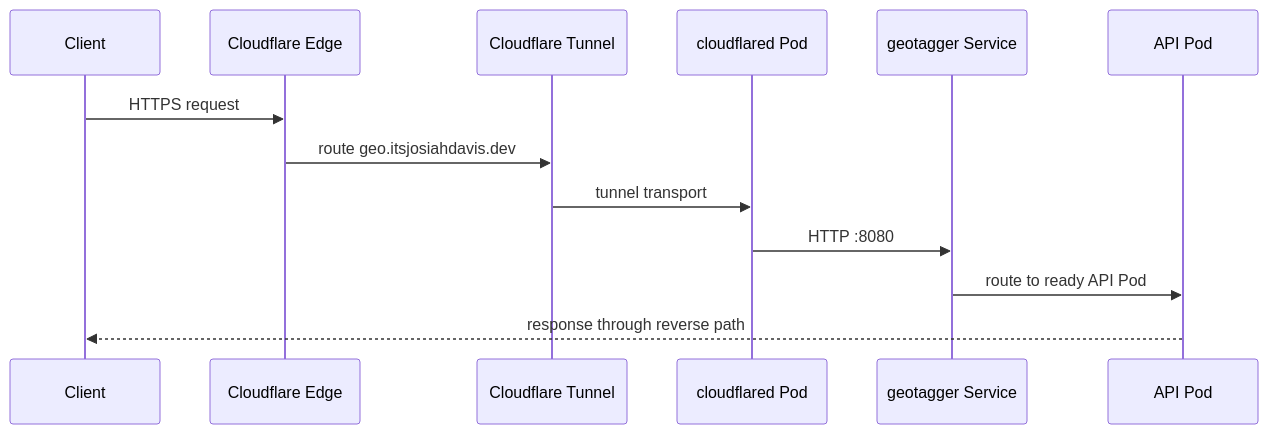
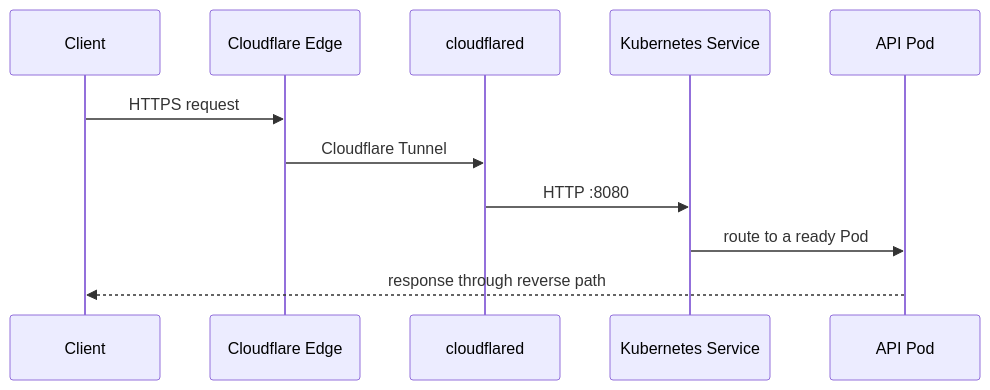
Before and after one commit to Jstarzz/geotagger: the fourth of 11 diagrams in docs/ARCHITECTURE.md, drawn with Mermaid. The commit also changed other lines of this file, not shown here.

````diff
--- a/docs/ARCHITECTURE.md
+++ b/docs/ARCHITECTURE.md
@@ -90,15 +81,13 @@
 ```mermaid
 sequenceDiagram
     participant C as Client
     participant E as Cloudflare Edge
-    participant T as Cloudflare Tunnel
-    participant D as cloudflared Pod
-    participant S as geotagger Service
+    participant D as cloudflared
+    participant S as Kubernetes Service
     participant A as API Pod
     C->>E: HTTPS request
-    E->>T: route geo.itsjosiahdavis.dev
-    T->>D: tunnel transport
+    E->>D: Cloudflare Tunnel
     D->>S: HTTP :8080
-    S->>A: route to ready API Pod
+    S->>A: route to a ready Pod
     A-->>C: response through reverse path
 ```
````
